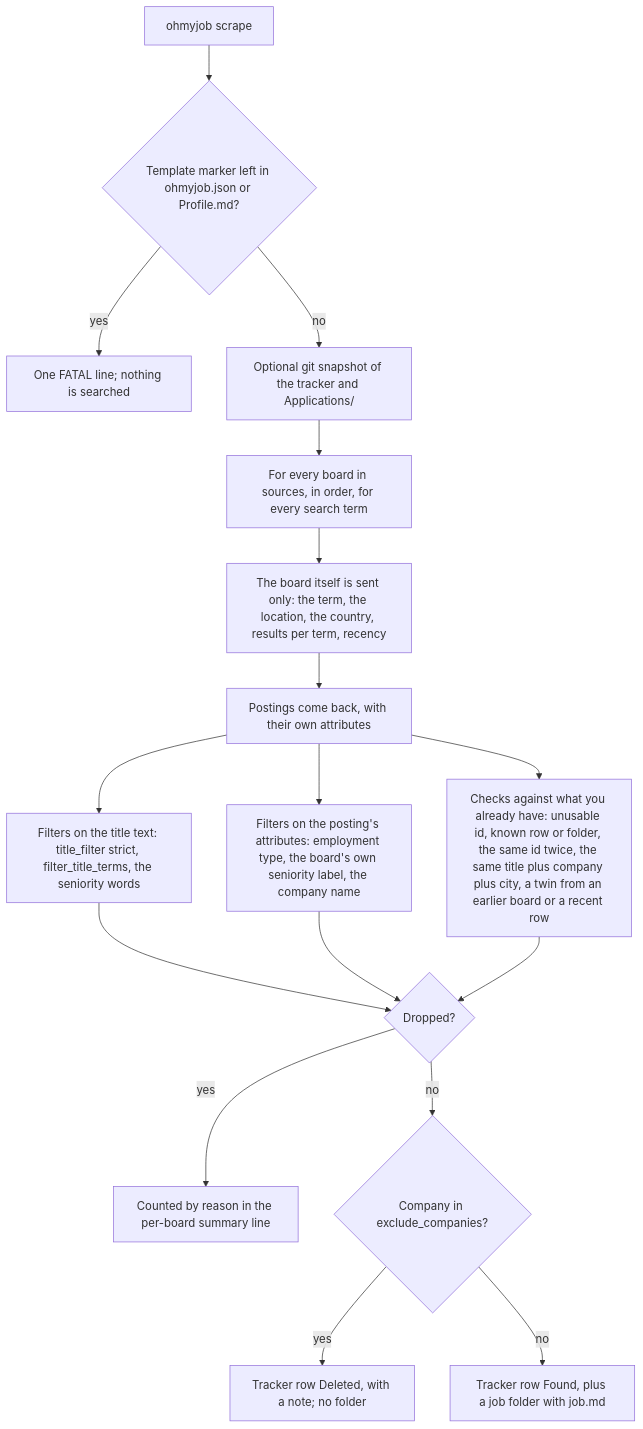
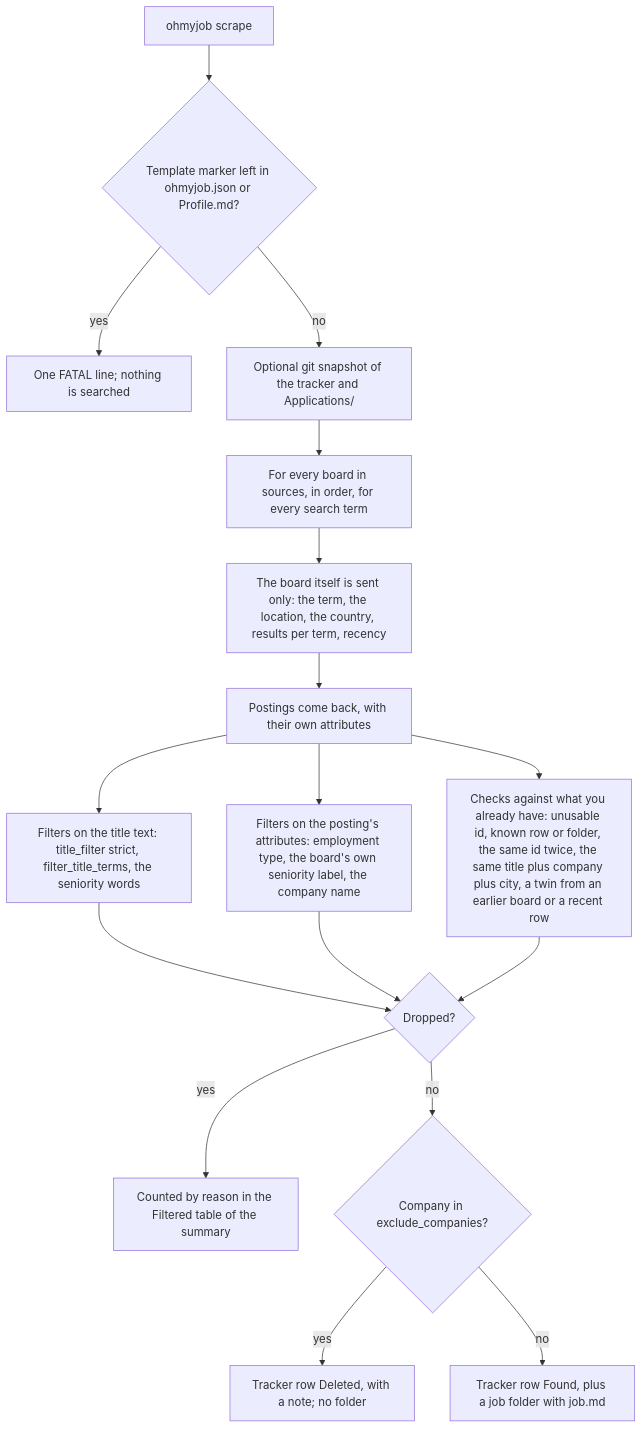
One commit to Maaz77/ohmyjob changed the third of 7 diagrams in docs/ARCHITECTURE.md. Above: the diagram before and after it, drawn with Mermaid. The commit also changed other lines of this file and 25 other files, not shown here.

````diff
--- a/docs/ARCHITECTURE.md
+++ b/docs/ARCHITECTURE.md
@@ -152,19 +152,19 @@
 ```mermaid
 flowchart TD
     A["ohmyjob scrape"] --> B{"Template marker left in ohmyjob.json or Profile.md?"}
     B -- yes --> BX["One FATAL line; nothing is searched"]
     B -- no --> C["Optional git snapshot of the tracker and Applications/"]
     C --> D["For every board in sources, in order, for every search term"]
     D --> E["The board itself is sent only: the term, the location, the country, results per term, recency"]
     E --> F["Postings come back, with their own attributes"]
     F --> T["Filters on the title text: title_filter strict, filter_title_terms, the seniority words"]
     F --> P["Filters on the posting's attributes: employment type, the board's own seniority label, the company name"]
     F --> Q["Checks against what you already have: unusable id, known row or folder, the same id twice, the same title plus company plus city, a twin from an earlier board or a recent row"]
     T --> R{"Dropped?"}
     P --> R
     Q --> R
-    R -- yes --> S["Counted by reason in the per-board summary line"]
+    R -- yes --> S["Counted by reason in the Filtered table of the summary"]
     R -- no --> K{"Company in exclude_companies?"}
     K -- yes --> M["Tracker row Deleted, with a note; no folder"]
     K -- no --> N["Tracker row Found, plus a job folder with job.md"]
 ```
````
